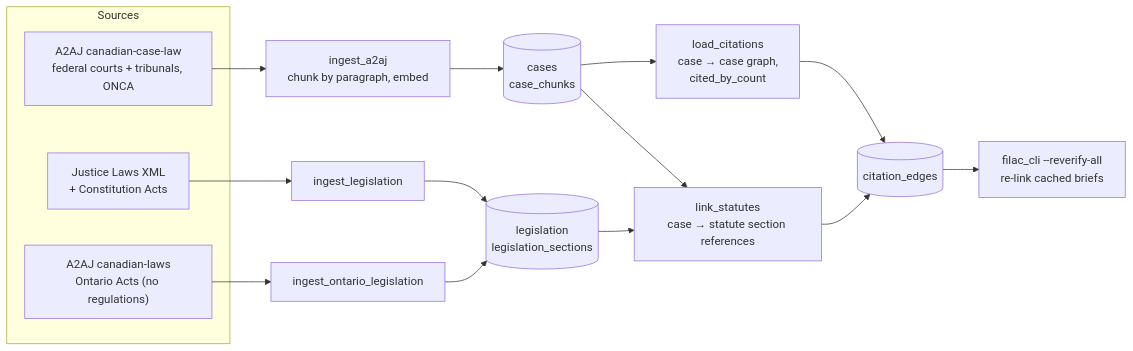
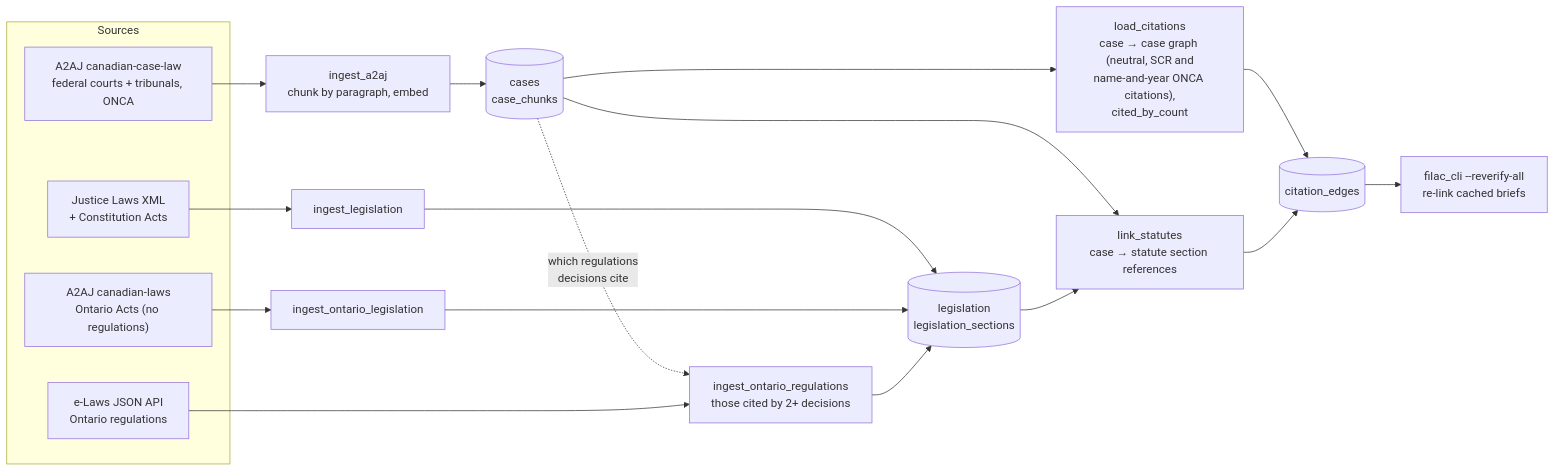
The third of 3 diagrams in README.md (Kevinwen1999/LawSearch), drawn with Mermaid before and after one commit. The commit also changed other lines of this file and 67 other files, not shown here.

````diff
--- a/README.md
+++ b/README.md
@@ -71,16 +74,19 @@
 ```mermaid
 flowchart LR
     subgraph sources["Sources"]
         a2aj_cases["A2AJ canadian-case-law<br/>federal courts + tribunals, ONCA"]
         jl["Justice Laws XML<br/>+ Constitution Acts"]
         a2aj_laws["A2AJ canadian-laws<br/>Ontario Acts (no regulations)"]
+        elaws["e-Laws JSON API<br/>Ontario regulations"]
     end
 
     a2aj_cases --> ingest_cases["ingest_a2aj<br/>chunk by paragraph, embed"] --> cases[("cases<br/>case_chunks")]
     jl --> ingest_fed["ingest_legislation"] --> leg[("legislation<br/>legislation_sections")]
     a2aj_laws --> ingest_on["ingest_ontario_legislation"] --> leg
+    cases -. "which regulations<br/>decisions cite" .-> ingest_regs
+    elaws --> ingest_regs["ingest_ontario_regulations<br/>those cited by 2+ decisions"] --> leg
 
-    cases --> cite["load_citations<br/>case → case graph,<br/>cited_by_count"] --> edges[("citation_edges")]
+    cases --> cite["load_citations<br/>case → case graph (neutral, SCR and<br/>name-and-year ONCA citations),<br/>cited_by_count"] --> edges[("citation_edges")]
     cases & leg --> link["link_statutes<br/>case → statute section references"] --> edges
     edges --> reverify["filac_cli --reverify-all<br/>re-link cached briefs"]
 ```
````
